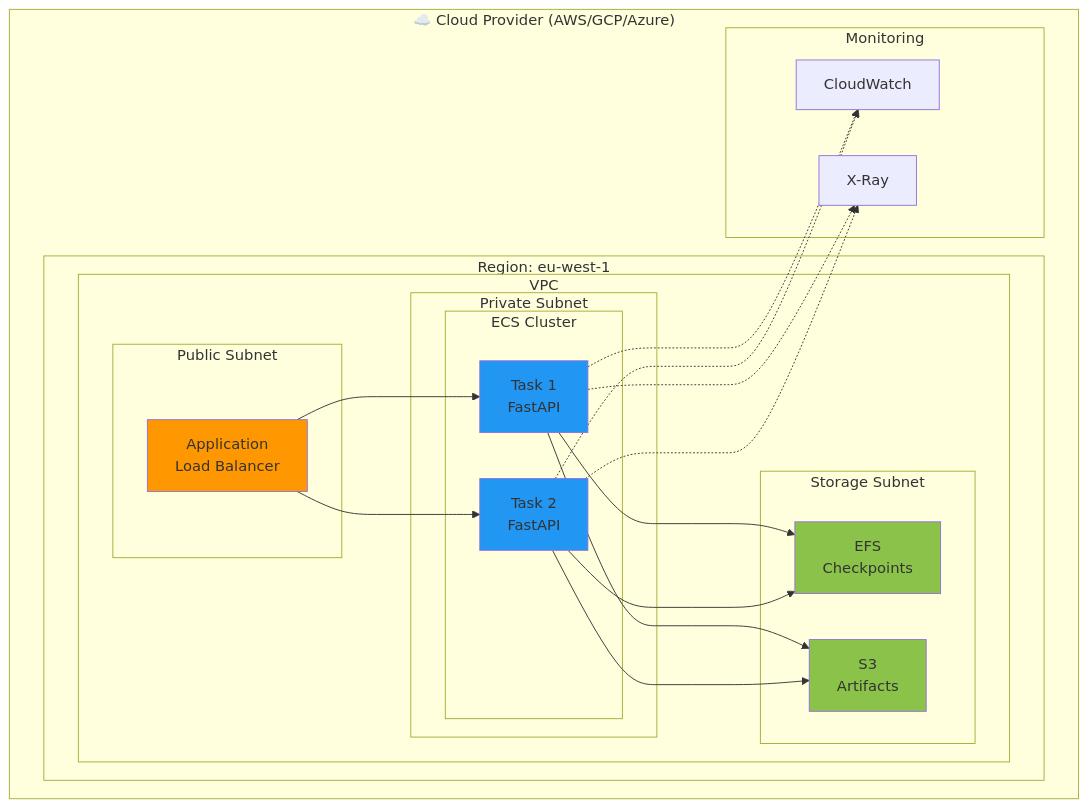
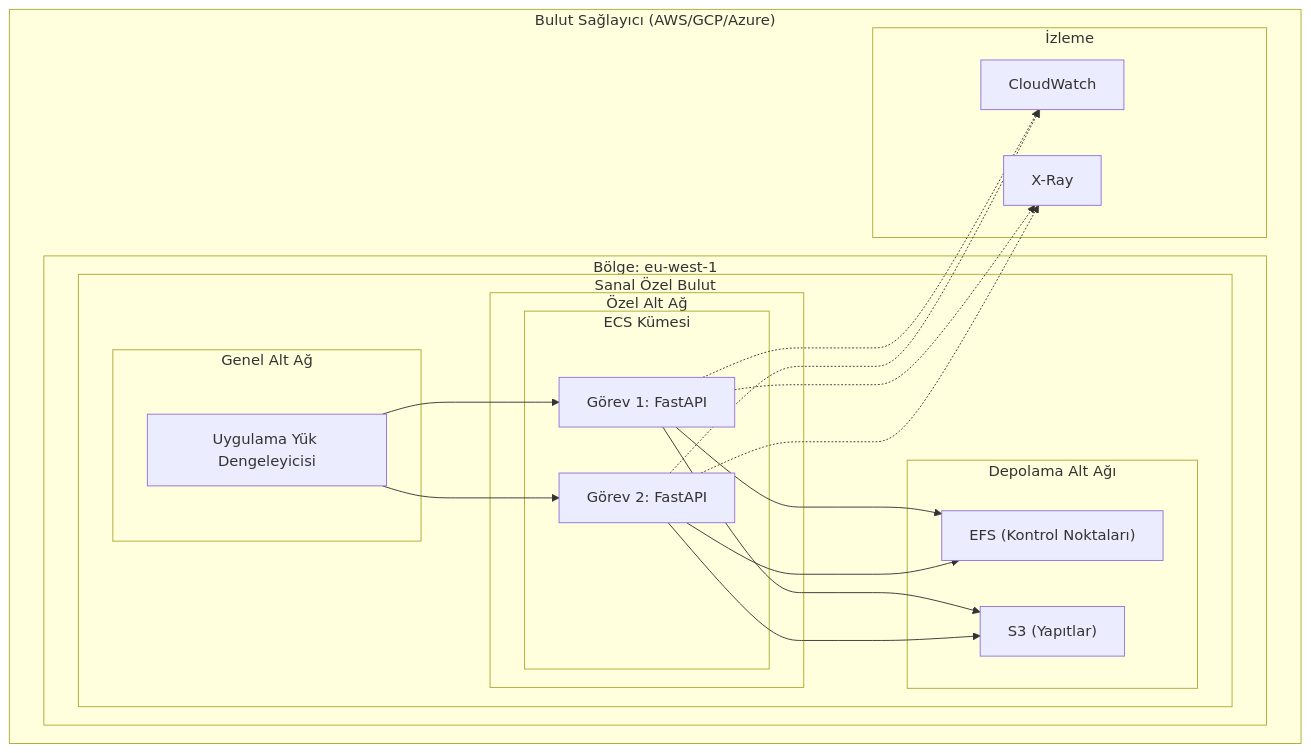
The sixth of 9 diagrams in docs/diagrams/05_deployment_diagram.md (mUsaulug/CardioGuard-AI), drawn with Mermaid before and after one commit. The commit also changed other lines of this file and 5 other files, not shown here.

````diff
--- a/docs/diagrams/05_deployment_diagram.md
+++ b/docs/diagrams/05_deployment_diagram.md
@@ -389,39 +371,40 @@
 ```mermaid
 graph TB
-    subgraph CloudProvider["☁️ Cloud Provider (AWS/GCP/Azure)"]
-        subgraph Region["Region: eu-west-1"]
-            subgraph VPC["VPC"]
-                subgraph PublicSubnet["Public Subnet"]
-                    ALB["Application<br/>Load Balancer"]
+    subgraph Bulut_Saglayici["Bulut Sağlayıcı (AWS/GCP/Azure)"]
+        subgraph Bolge["Bölge: eu-west-1"]
+            subgraph VPC["Sanal Özel Bulut"]
+                subgraph Genel_Alt_Ag["Genel Alt Ağ"]
+                    ALB["Uygulama Yük Dengeleyicisi"]
                 end
                 
-                subgraph PrivateSubnet["Private Subnet"]
-                    subgraph ECS["ECS Cluster"]
-                        TASK1["Task 1<br/>FastAPI"]
-                        TASK2["Task 2<br/>FastAPI"]
+                subgraph Ozel_Alt_Ag["Özel Alt Ağ"]
+                    subgraph ECS["ECS Kümesi"]
+                        TASK1["Görev 1: FastAPI"]
+                        TASK2["Görev 2: FastAPI"]
                     end
                 end
                 
-                subgraph StorageSubnet["Storage Subnet"]
-                    EFS["EFS<br/>Checkpoints"]
-                    S3["S3<br/>Artifacts"]
+                subgraph Depolama_Alt_Ag["Depolama Alt Ağı"]
+                    EFS["EFS (Kontrol Noktaları)"]
+                    S3["S3 (Yapıtlar)"]
                 end
             end
         end
         
-        subgraph Monitoring["Monitoring"]
+        subgraph Izleme["İzleme"]
             CW["CloudWatch"]
             XRAY["X-Ray"]
         end
     end
     
-    ALB --> TASK1 & TASK2
-    TASK1 & TASK2 --> EFS & S3
-    TASK1 & TASK2 -.-> CW & XRAY
-    
-    style ALB fill:#ff9800
-    style TASK1 fill:#2196f3
-    style TASK2 fill:#2196f3
-    style EFS fill:#8bc34a
-    style S3 fill:#8bc34a
+    ALB --> TASK1
+    ALB --> TASK2
+    TASK1 --> EFS
+    TASK1 --> S3
+    TASK2 --> EFS
+    TASK2 --> S3
+    TASK1 -.-> CW
+    TASK1 -.-> XRAY
+    TASK2 -.-> CW
+    TASK2 -.-> XRAY
 ```
````
